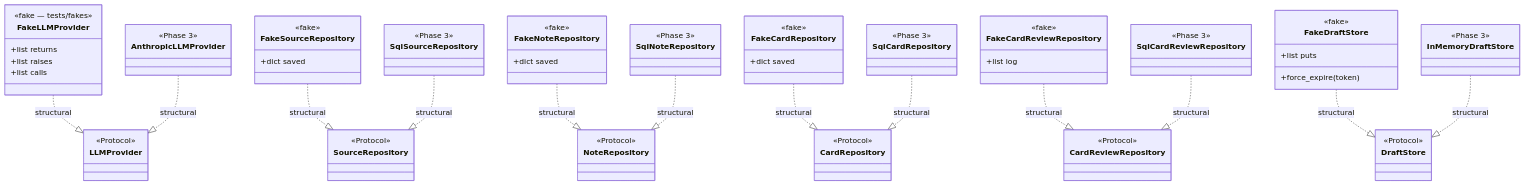
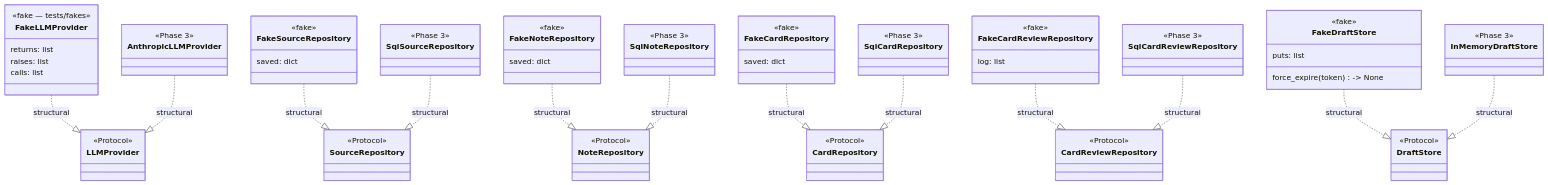
Before and after one commit to pvardanis/dojo: the fourth of 5 diagrams in docs/architecture/overview.md, drawn with Mermaid. The commit also changed other lines of this file, not shown here.

First line of the commit message:
docs(arch): convert class diagrams to Python-native name: type syntax

```diff
--- a/docs/architecture/overview.md
+++ b/docs/architecture/overview.md
@@ -347,30 +347,30 @@
     %% Fakes — Plan 03 (committed)
     class FakeLLMProvider {
         <<fake — tests/fakes>>
-        +list returns
-        +list raises
-        +list calls
+        returns: list
+        raises: list
+        calls: list
     }
     class FakeSourceRepository {
         <<fake>>
-        +dict saved
+        saved: dict
     }
     class FakeNoteRepository {
         <<fake>>
-        +dict saved
+        saved: dict
     }
     class FakeCardRepository {
         <<fake>>
-        +dict saved
+        saved: dict
     }
     class FakeCardReviewRepository {
         <<fake>>
-        +list log
+        log: list
     }
     class FakeDraftStore {
         <<fake>>
-        +list puts
-        +force_expire(token)
+        puts: list
+        force_expire(token) -> None
     }
 
     %% Real adapters — Phase 3 (planned)
```
